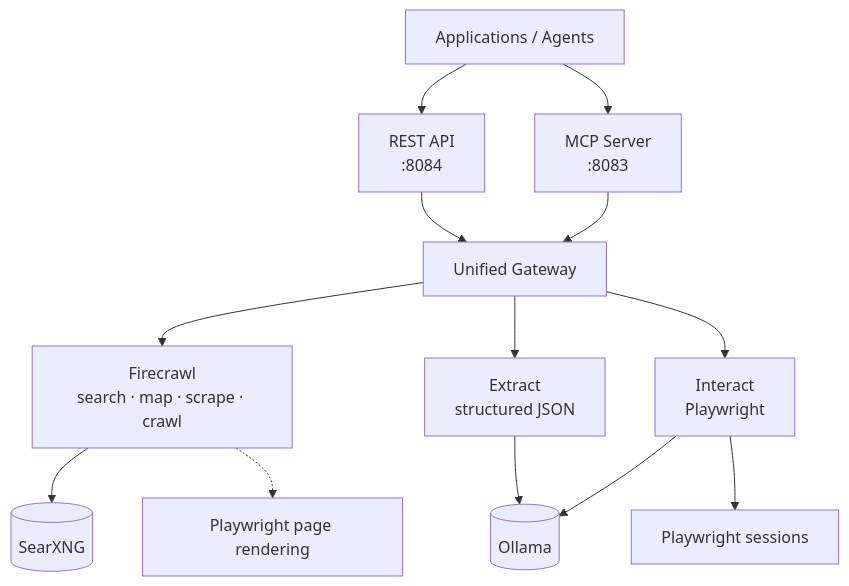
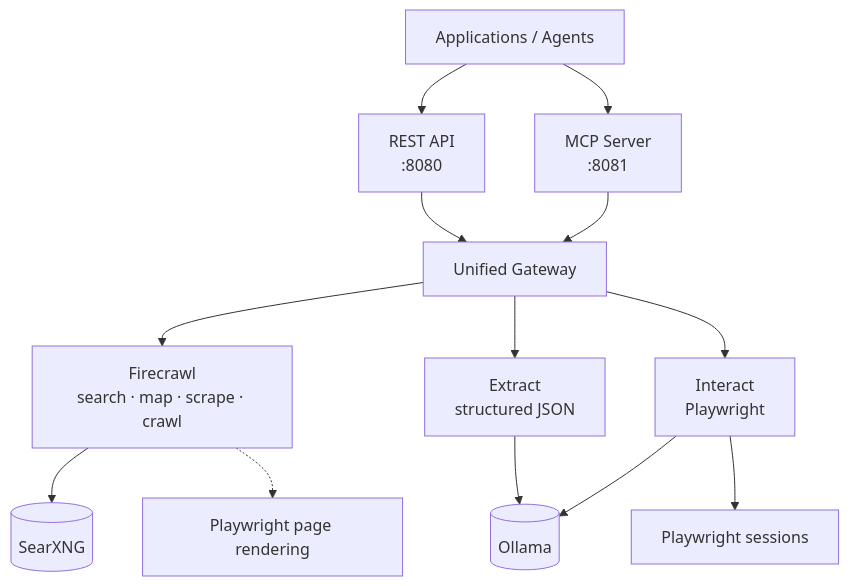
The first of 5 diagrams in README.md (drintoul/web-research), drawn with Mermaid before and after one commit.

Commit message:
Update port numbers in architecture diagram to match actual configuration
- Change REST API port from 8084 to 8080
- Change MCP Server port from 8083 to 8081

````diff
--- a/README.md
+++ b/README.md
@@ -32,27 +32,27 @@
 ```mermaid
 %%{init: {'theme': 'default', 'flowchart': {'useMaxWidth': true, 'htmlLabels': true}}}%%
 flowchart TD
     A[Applications / Agents]
-    B[REST API<br/>:8084]
-    C[MCP Server<br/>:8083]
+    B[REST API<br/>:8080]
+    C[MCP Server<br/>:8081]
     D[Unified Gateway]
     E[Firecrawl<br/>search · map · scrape · crawl]
     F[Extract<br/>structured JSON]
     G[Interact<br/>Playwright]
     H[(SearXNG)]
     I[(Ollama)]
     J[Playwright page rendering]
     K[Playwright sessions]
     A --> B
     A --> C
     B --> D
     C --> D
     D --> E
     D --> F
     D --> G
     E --> H
     E -.-> J
     F --> I
     G --> I
     G --> K
 ```
````
